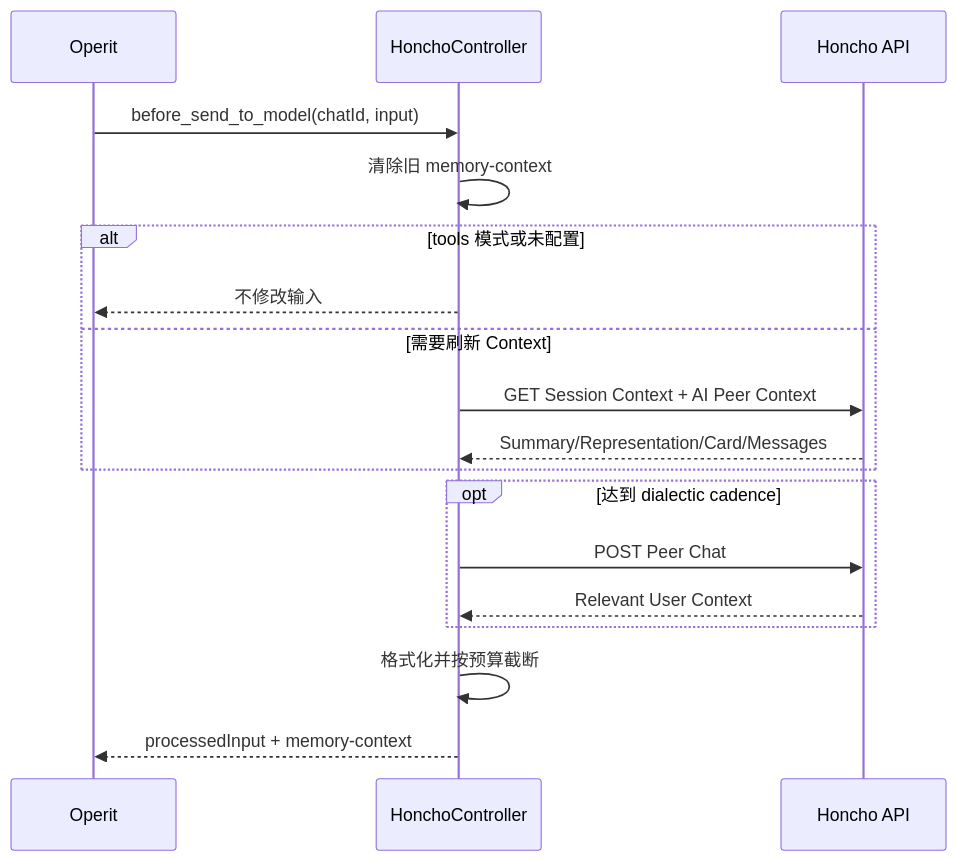
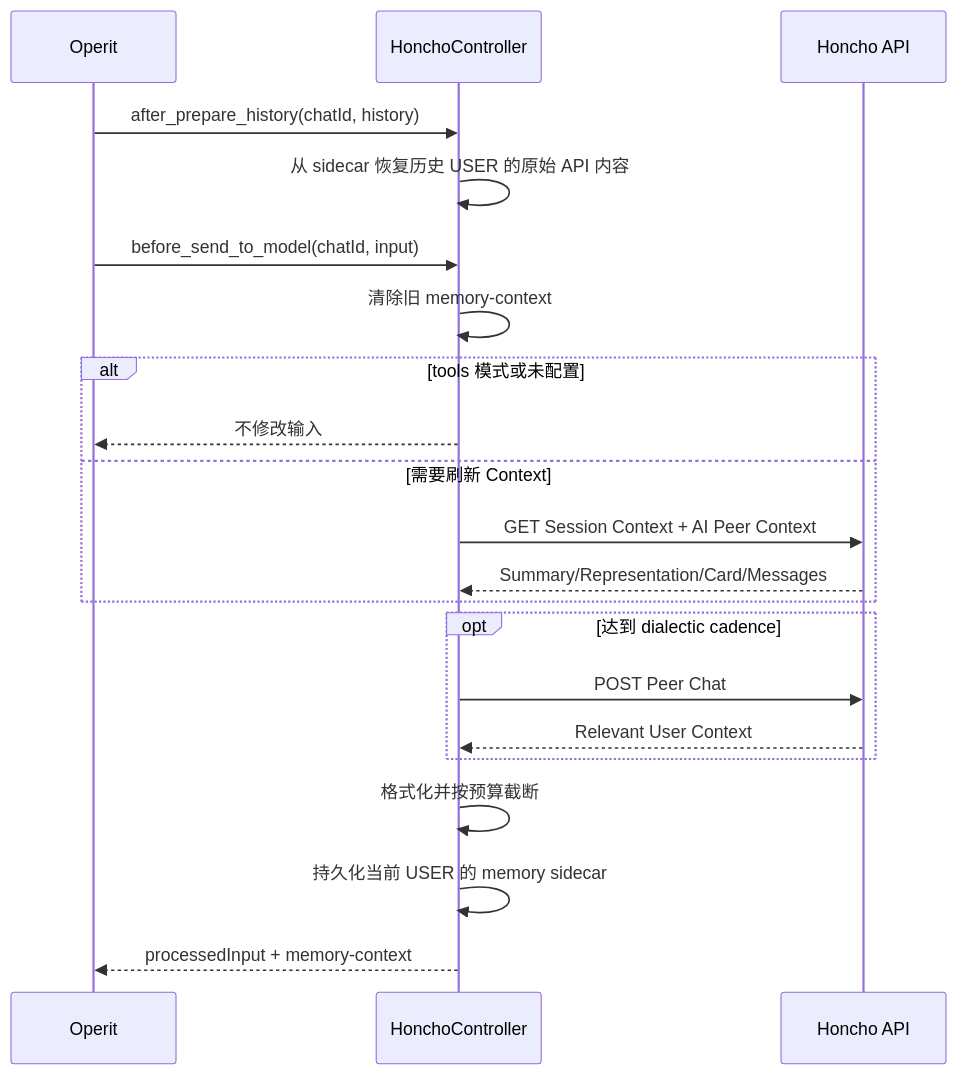
The third of 3 diagrams in docs/ARCHITECTURE.md (anlidy/operit-honcho), drawn with Mermaid before and after one commit. The commit also changed other lines of this file and 23 other files, not shown here.

````diff
--- a/docs/ARCHITECTURE.md
+++ b/docs/ARCHITECTURE.md
@@ -198,21 +224,24 @@
 ```mermaid
 sequenceDiagram
     participant O as Operit
     participant C as HonchoController
     participant H as Honcho API
 
+    O->>C: after_prepare_history(chatId, history)
+    C->>C: 从 sidecar 恢复历史 USER 的原始 API 内容
     O->>C: before_send_to_model(chatId, input)
     C->>C: 清除旧 memory-context
     alt tools 模式或未配置
         C-->>O: 不修改输入
     else 需要刷新 Context
         C->>H: GET Session Context + AI Peer Context
         H-->>C: Summary/Representation/Card/Messages
     end
     opt 达到 dialectic cadence
         C->>H: POST Peer Chat
         H-->>C: Relevant User Context
     end
     C->>C: 格式化并按预算截断
+    C->>C: 持久化当前 USER 的 memory sidecar
     C-->>O: processedInput + memory-context
 ```
````
